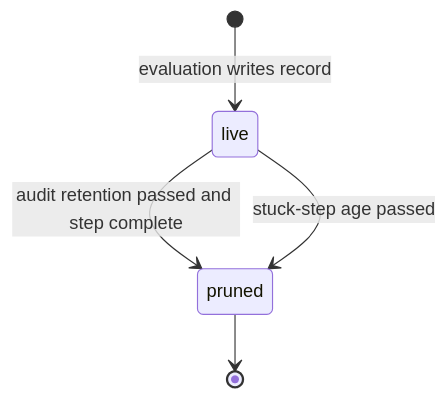
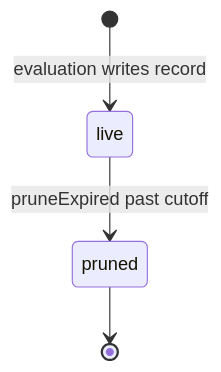
Before and after one commit to OpenDustpan/OpenDustpan: the fourth of 4 diagrams in openspec/changes/retention-volume-state-write-decision/design.md, drawn with Mermaid. The commit also changed other lines of this file and 35 other files, not shown here.

````diff
--- a/openspec/changes/retention-volume-state-write-decision/design.md
+++ b/openspec/changes/retention-volume-state-write-decision/design.md
@@ -55,7 +53,6 @@
 ```mermaid
 stateDiagram-v2
 [*] --> live: evaluation writes record
-live --> pruned: audit retention passed and step complete
-live --> pruned: stuck-step age passed
+live --> pruned: pruneExpired past cutoff
 pruned --> [*]
 ```
````
